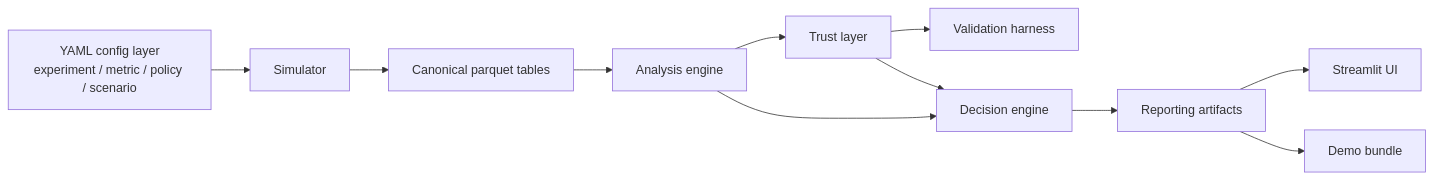
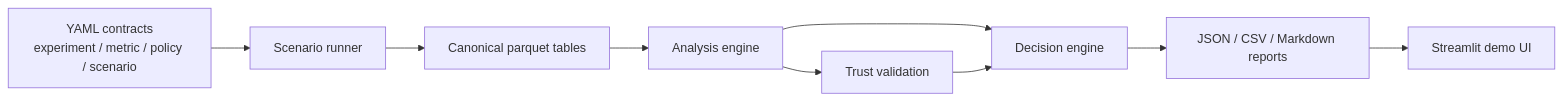
One commit to SNCA-24/growthlab-experimentation-platform changed the diagram in README.md. Above: the diagram before and after it, drawn with Mermaid. The commit also changed other lines of this file and 6 other files, not shown here.

````diff
--- a/README.md
+++ b/README.md
@@ -26,13 +50,11 @@
 ```mermaid
 flowchart LR
-    A["YAML config layer<br/>experiment / metric / policy / scenario"] --> B["Simulator"]
+    A["YAML contracts<br/>experiment / metric / policy / scenario"] --> B["Scenario runner"]
     B --> C["Canonical parquet tables"]
     C --> D["Analysis engine"]
-    D --> E["Trust layer"]
-    E --> F["Validation harness"]
-    D --> G["Decision engine"]
-    E --> G
-    G --> H["Reporting artifacts"]
-    H --> I["Streamlit UI"]
-    H --> J["Demo bundle"]
+    D --> E["Trust validation"]
+    D --> F["Decision engine"]
+    E --> F
+    F --> G["JSON / CSV / Markdown reports"]
+    G --> H["Streamlit demo UI"]
 ```
````
